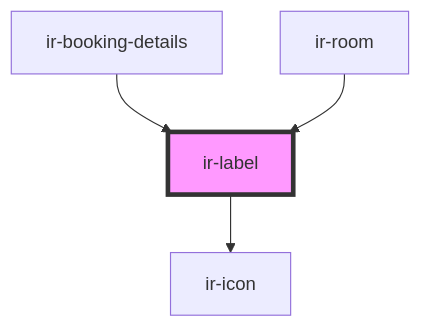
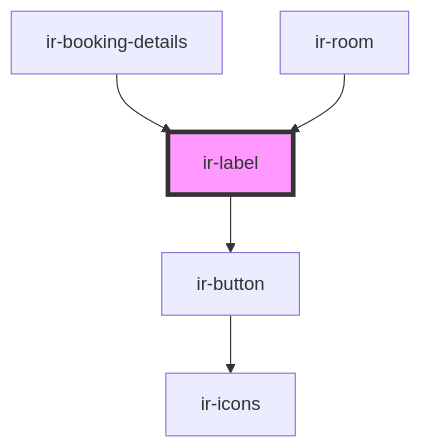
One commit to RonyRizk/ir-webcmp changed the diagram in src/components/ir-label/readme.md. Above: the diagram before and after it, drawn with Mermaid. The commit also changed other lines of this file and 86 other files, not shown here.

````diff
--- a/src/components/ir-label/readme.md
+++ b/src/components/ir-label/readme.md
@@ -39,7 +42,8 @@
 ```mermaid
 graph TD;
-  ir-label --> ir-icon
+  ir-label --> ir-button
+  ir-button --> ir-icons
   ir-booking-details --> ir-label
   ir-room --> ir-label
   style ir-label fill:#f9f,stroke:#333,stroke-width:4px
 ```
````
